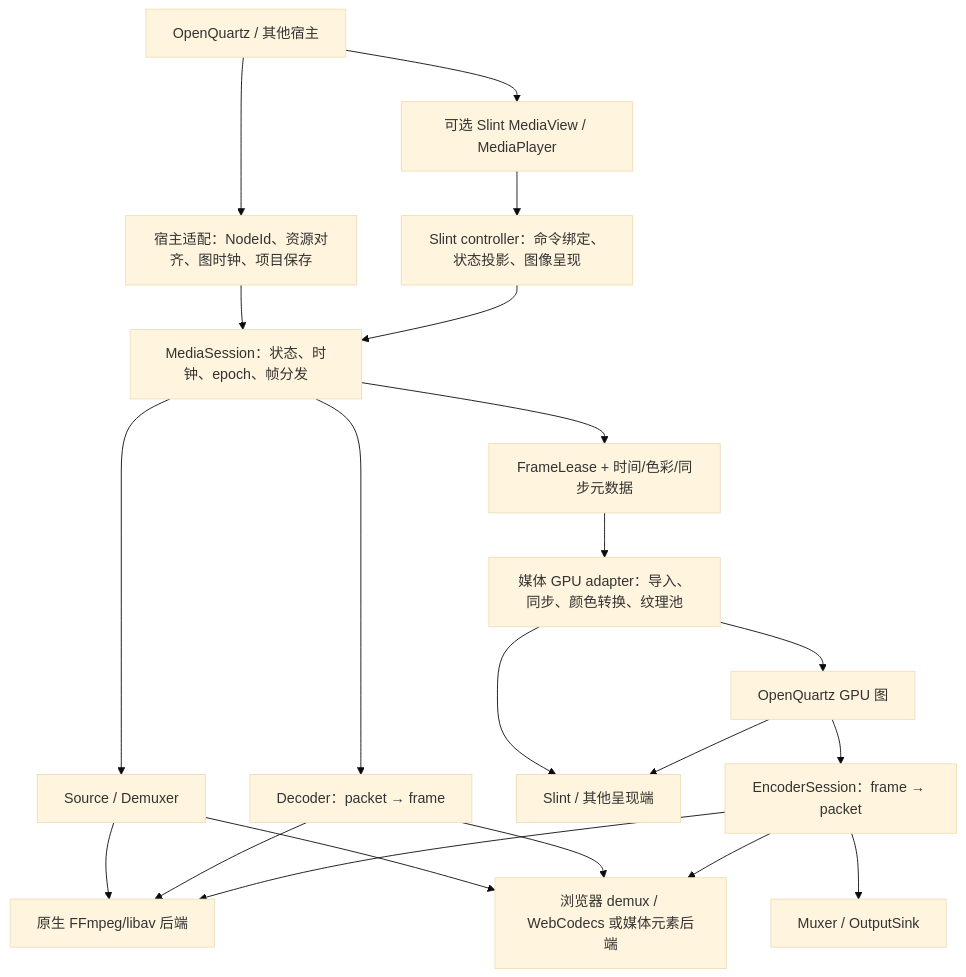
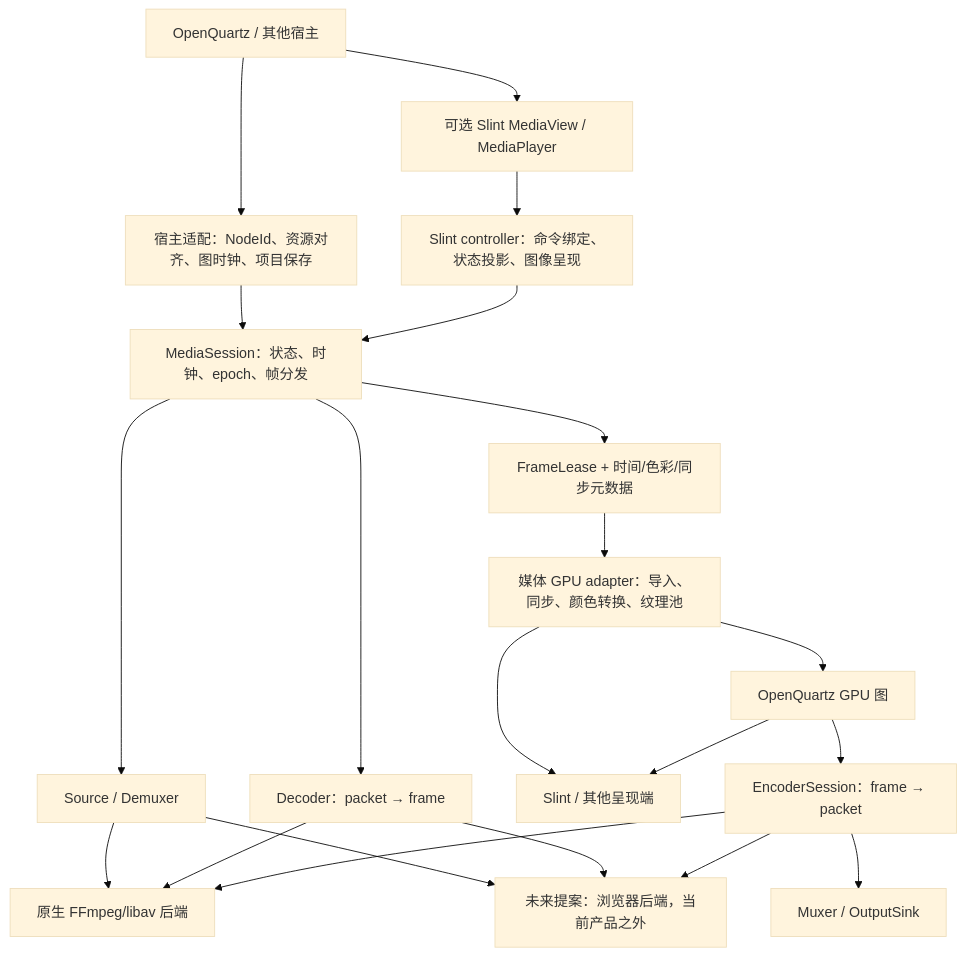
Before and after one commit to sanitor/open_quartz: the first of 2 diagrams in docs/MEDIA_CODEC_ARCHITECTURE.md, drawn with Mermaid (base theme). The commit also changed other lines of this file and 383 other files, not shown here.

````diff
--- a/docs/MEDIA_CODEC_ARCHITECTURE.md
+++ b/docs/MEDIA_CODEC_ARCHITECTURE.md
@@ -43,23 +44,23 @@
 ```mermaid
 flowchart TD
     APP[OpenQuartz / 其他宿主] --> HOST[宿主适配：NodeId、资源对齐、图时钟、项目保存]
     APP --> UI[可选 Slint MediaView / MediaPlayer]
     UI --> BIND[Slint controller：命令绑定、状态投影、图像呈现]
     HOST --> SESSION[MediaSession：状态、时钟、epoch、帧分发]
     BIND --> SESSION
     SESSION --> DEMUX[Source / Demuxer]
     SESSION --> DEC[Decoder：packet → frame]
     DEMUX --> NATIVE[原生 FFmpeg/libav 后端]
     DEC --> NATIVE
-    DEMUX --> WEB[浏览器 demux / WebCodecs 或媒体元素后端]
+    DEMUX --> WEB[未来提案：浏览器后端，当前产品之外]
     DEC --> WEB
     SESSION --> FRAME[FrameLease + 时间/色彩/同步元数据]
     FRAME --> GPU[媒体 GPU adapter：导入、同步、颜色转换、纹理池]
     GPU --> GRAPH[OpenQuartz GPU 图]
     GPU --> PRESENT[Slint / 其他呈现端]
     GRAPH --> ENC[EncoderSession：frame → packet]
     ENC --> MUX[Muxer / OutputSink]
     ENC --> NATIVE
     ENC --> WEB
     GRAPH --> PRESENT
 ```
````
